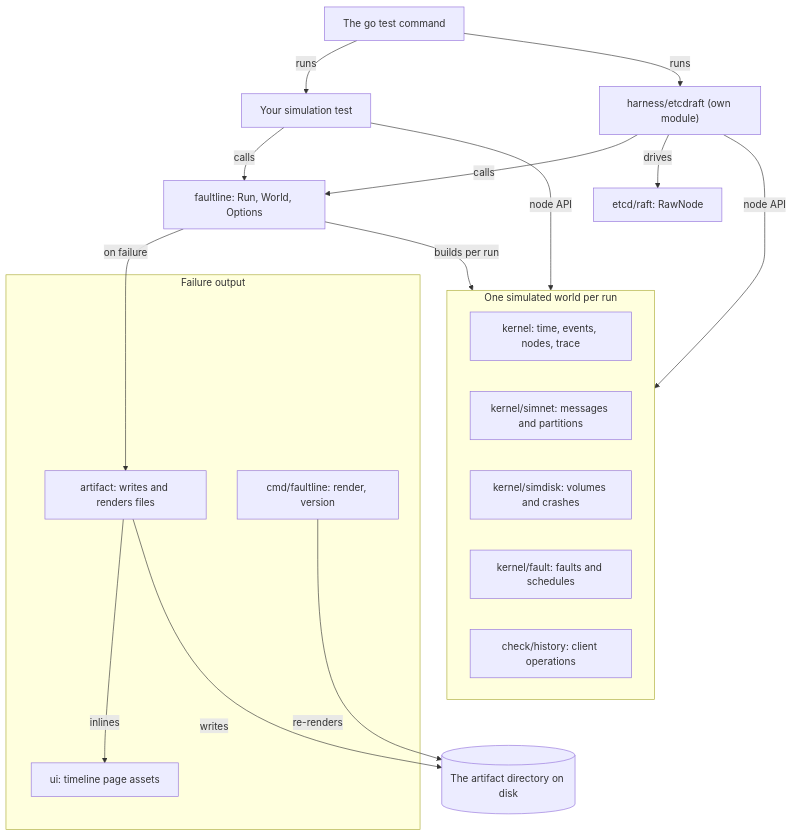
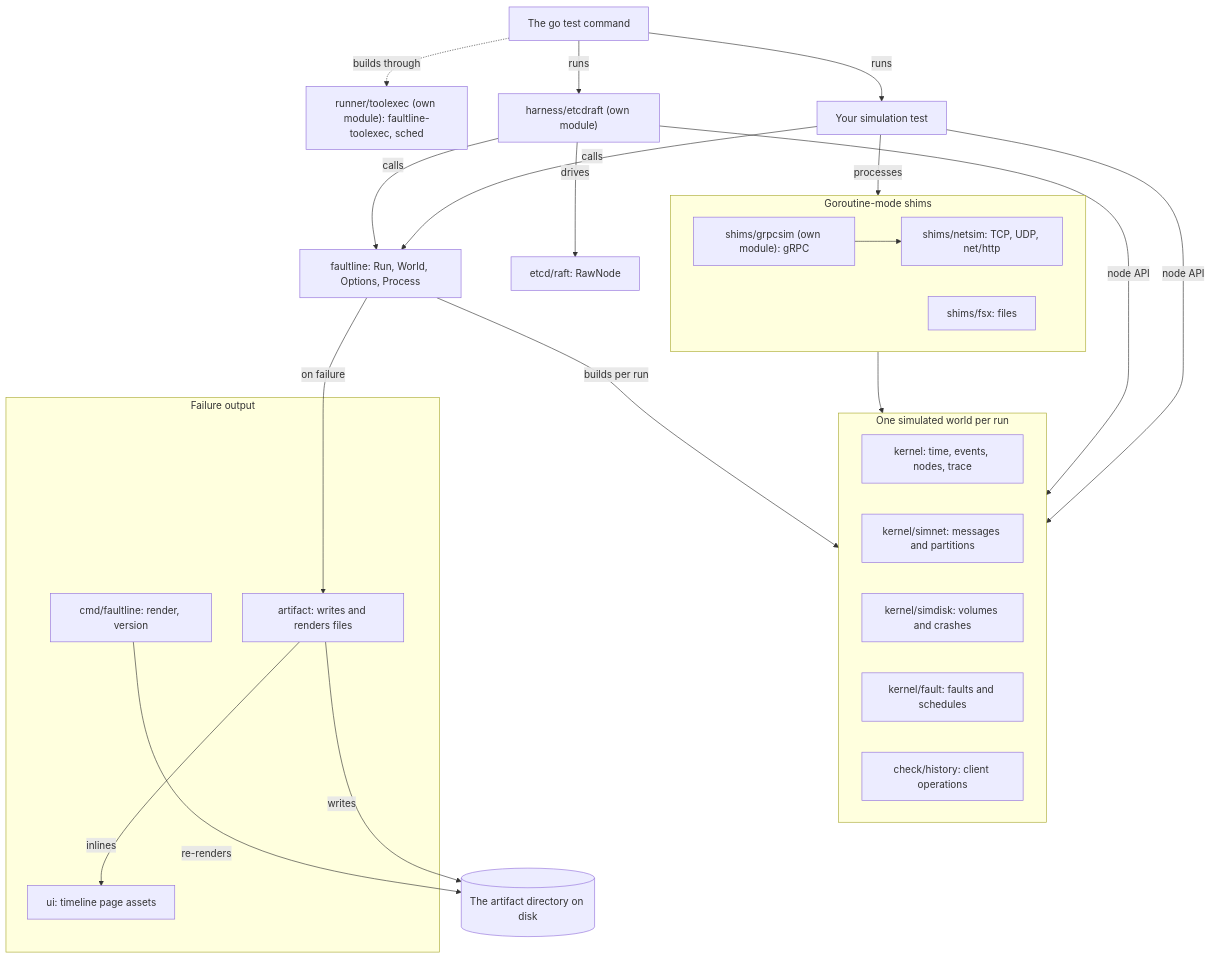
One commit to hmdsefi/faultline changed the diagram in docs/architecture.md. Above: the diagram before and after it, drawn with Mermaid. The commit also changed other lines of this file and 19 other files, not shown here.

````diff
--- a/docs/architecture.md
+++ b/docs/architecture.md
@@ -48,35 +63,45 @@
 ```mermaid
 flowchart TB
     accTitle: How faultline's packages fit together
-    accDescr: go test runs your test or the etcd/raft harness, and both call faultline.Run in the root package. Both run their nodes on the node API of the world's packages, and the harness drives etcd/raft's RawNode. For every run, Run builds a world from kernel, simnet, simdisk, fault and history. On a failure, Run passes the run to package artifact, which writes the artifact directory and inlines the timeline renderer from package ui. The faultline command re-renders the files of an artifact directory.
+    accDescr: go test runs your test or the etcd/raft harness, and both call faultline.Run in the root package. With the toolexec backend, go test builds the test binary through faultline-toolexec, which rewrites your packages to call its scheduler. Event-mode code and the harness run their nodes on the node API of the world's packages, and the harness drives etcd/raft's RawNode. Goroutine-mode processes use shims/netsim and shims/fsx, and gRPC through shims/grpcsim, on top of the same world. For every run, Run builds a world from kernel, simnet, simdisk, fault and history. On a failure, Run passes the run to package artifact, which writes the artifact directory and inlines the timeline renderer from package ui. The faultline command re-renders the files of an artifact directory.
     go_test["The go test command"]
+    toolexec["runner/toolexec (own module): faultline-toolexec, sched"]
     your_test["Your simulation test"]
     harness["harness/etcdraft (own module)"]
     rawnode["etcd/raft: RawNode"]
-    run["faultline: Run, World, Options"]
+    run["faultline: Run, World, Options, Process"]
+    subgraph shims["Goroutine-mode shims"]
+        netsim["shims/netsim: TCP, UDP, net/http"]
+        fsx["shims/fsx: files"]
+        grpcsim["shims/grpcsim (own module): gRPC"]
+    end
     subgraph world["One simulated world per run"]
         kernel["kernel: time, events, nodes, trace"]
         simnet["kernel/simnet: messages and partitions"]
         simdisk["kernel/simdisk: volumes and crashes"]
         fault["kernel/fault: faults and schedules"]
         history["check/history: client operations"]
     end
     subgraph output["Failure output"]
         artifact["artifact: writes and renders files"]
         ui["ui: timeline page assets"]
         cli["cmd/faultline: render, version"]
     end
     dir[("The artifact directory on disk")]
     go_test -->|runs| your_test
     go_test -->|runs| harness
+    go_test -.->|builds through| toolexec
     your_test -->|calls| run
     harness -->|calls| run
     harness -->|drives| rawnode
     your_test -->|node API| world
+    your_test -->|processes| shims
     harness -->|node API| world
+    grpcsim --> netsim
+    shims --> world
     run -->|builds per run| world
     run -->|on failure| artifact
     artifact -->|inlines| ui
     artifact -->|writes| dir
     cli -->|re-renders| dir
 ```
````
